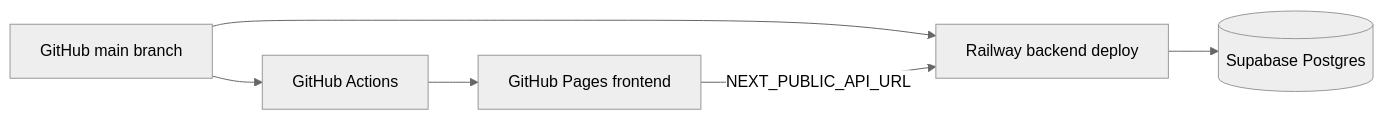
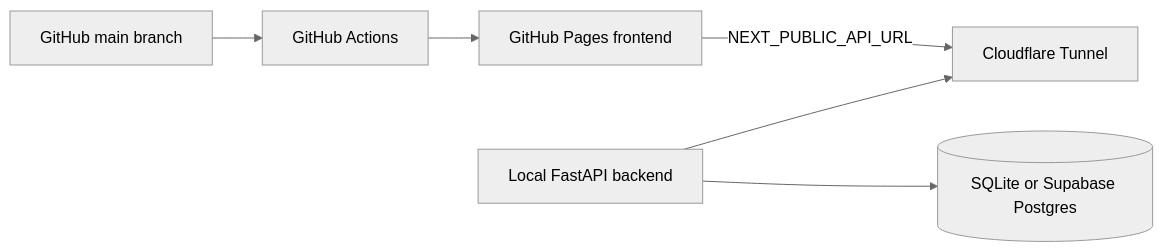
One commit to oyi77/1proxy changed the diagram in docs/deployment.md. Above: the diagram before and after it, drawn with Mermaid (neutral theme). The commit also changed other lines of this file and 3 other files, not shown here.

Commit message:
docs: document local backend tunnel deployment

````diff
--- a/docs/deployment.md
+++ b/docs/deployment.md
@@ -13,8 +13,8 @@
 ```mermaid
 graph LR
     GH[GitHub main branch] --> GA[GitHub Actions]
     GA --> GP[GitHub Pages frontend]
-    GH --> RW[Railway backend deploy]
-    RW --> SB[(Supabase Postgres)]
-    GP -->|NEXT_PUBLIC_API_URL| RW
+    LOCAL[Local FastAPI backend] --> CF[Cloudflare Tunnel]
+    LOCAL --> DB[(SQLite or Supabase Postgres)]
+    GP -->|NEXT_PUBLIC_API_URL| CF
 ```
````
